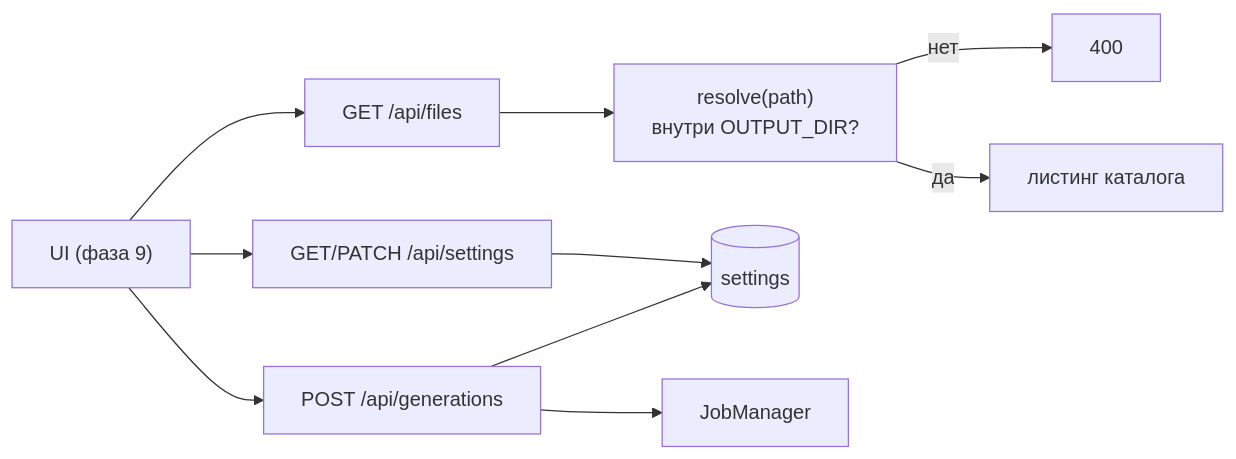
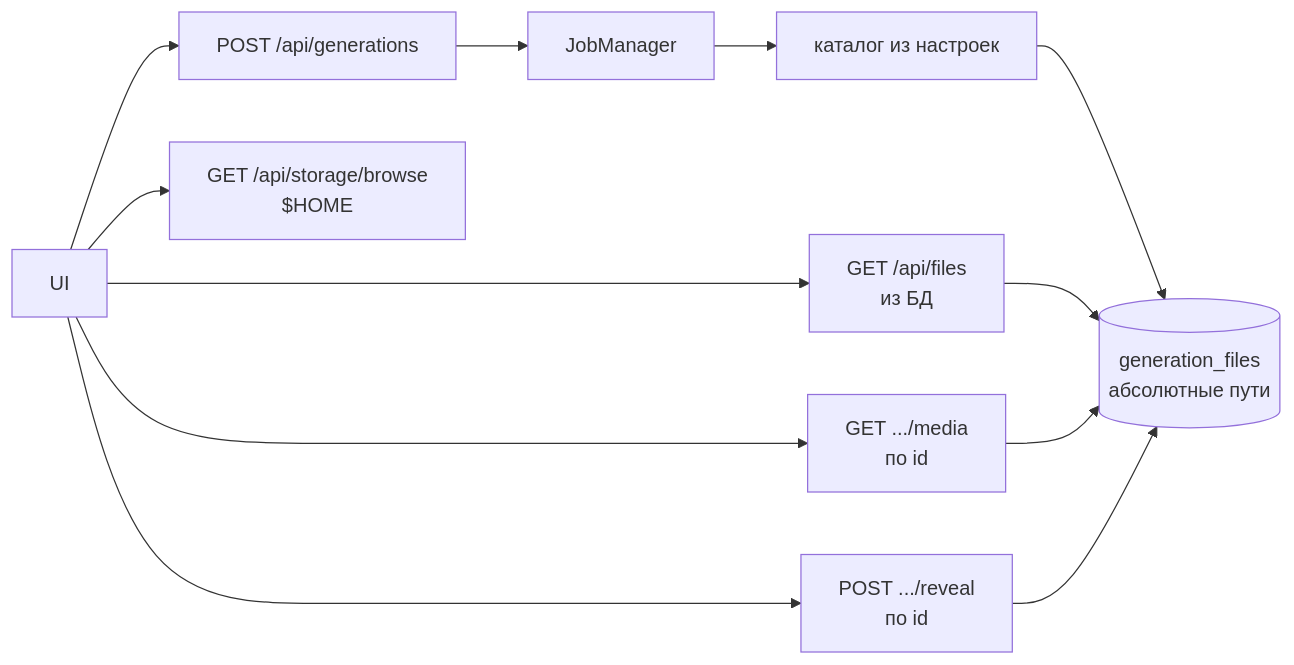
One commit to tuch-ka/muzifikator changed the diagram in docs/capabilities/web-interface.md. Above: the diagram before and after it, drawn with Mermaid. The commit also changed other lines of this file and 18 other files, not shown here.

````diff
--- a/docs/capabilities/web-interface.md
+++ b/docs/capabilities/web-interface.md
@@ -90,12 +76,14 @@
 ```mermaid
 flowchart LR
-    UI["UI (фаза 9)"] --> F["GET /api/files"]
-    UI --> S["GET/PATCH /api/settings"]
-    UI --> G["POST /api/generations"]
-    F --> R["resolve(path)<br/>внутри OUTPUT_DIR?"]
-    R -- нет --> E400["400"]
-    R -- да --> L["листинг каталога"]
-    S --> ST[("settings")]
-    G --> ST
-    G --> J["JobManager"]
+    UI["UI"] --> GEN["POST /api/generations"]
+    UI --> LIST["GET /api/files<br/>из БД"]
+    UI --> ST["GET /api/storage/browse<br/>$HOME"]
+    UI --> MEDIA["GET .../media<br/>по id"]
+    UI --> REV["POST .../reveal<br/>по id"]
+    GEN --> JOB["JobManager"]
+    JOB --> DIR["каталог из настроек"]
+    DIR --> DB[("generation_files<br/>абсолютные пути")]
+    LIST --> DB
+    MEDIA --> DB
+    REV --> DB
 ```
````
